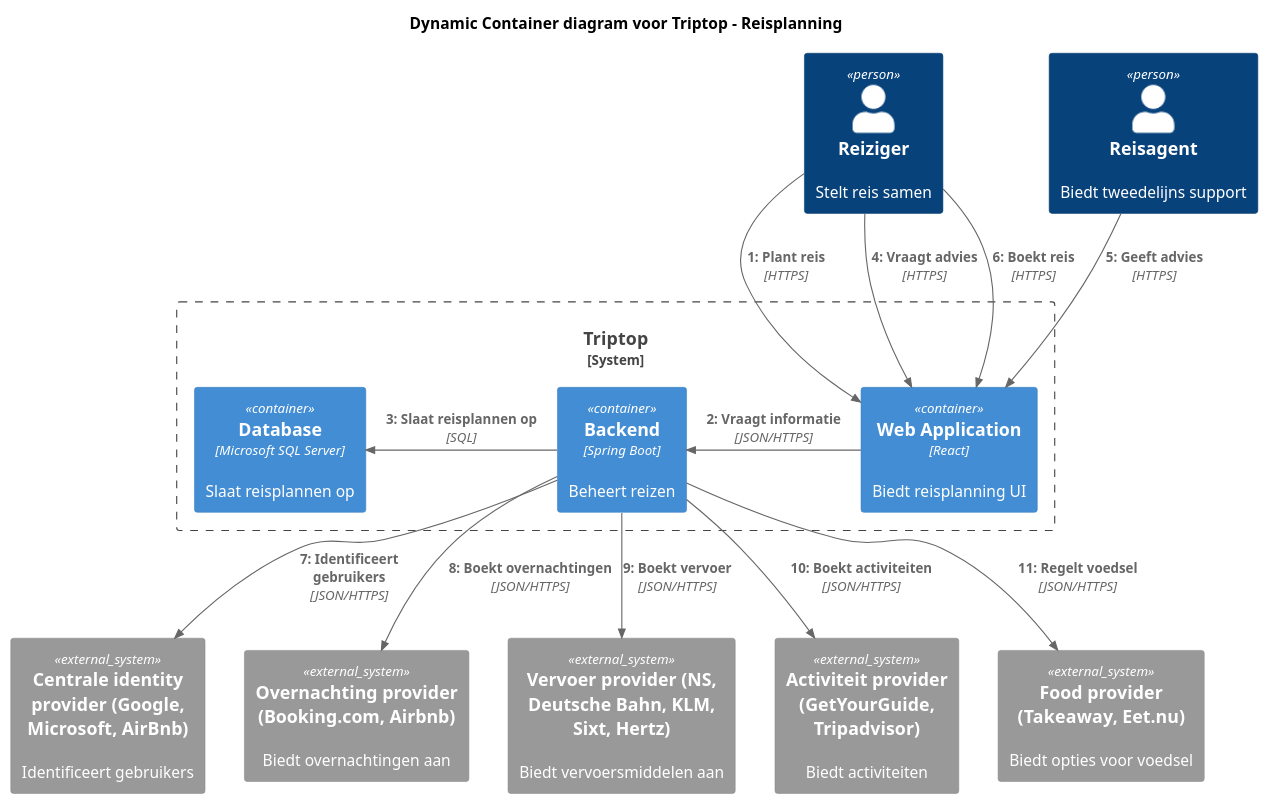
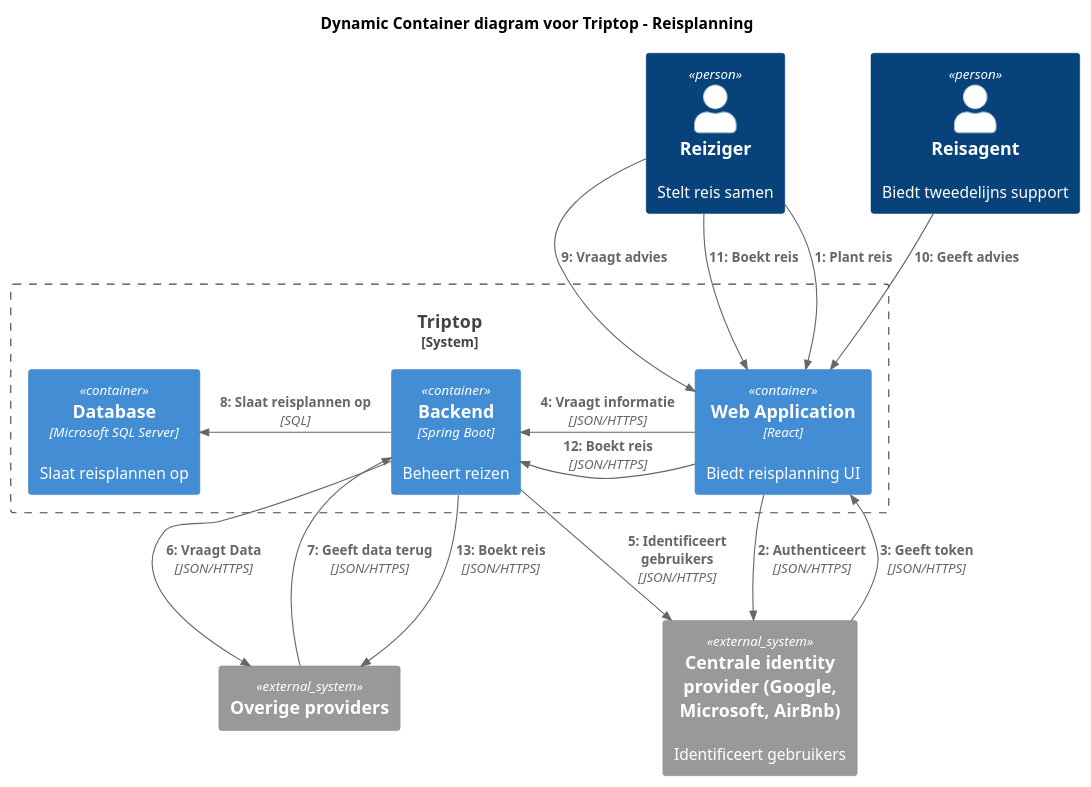
The diagram in c4 dynamische container diagram.puml (AIM-ENE-feb25/triptop-groep-tweeeeeeeeeeeeeeeeeeeeee), drawn with PlantUML before and after one commit. The commit also changed 9 other files, not shown here.

Commit message:
Aanpassingen aan diagrammen en software guidebook

```diff
--- a/c4 dynamische container diagram.puml
+++ b/c4 dynamische container diagram.puml
@@ -1,37 +1,38 @@
 @startuml "Triptop Dynamic Container Diagram"
 
 !include https://raw.githubusercontent.com/plantuml-stdlib/C4-PlantUML/master/C4_Container.puml
 !include https://raw.githubusercontent.com/plantuml-stdlib/C4-PlantUML/master/C4_Dynamic.puml
 
 title Dynamic Container diagram voor Triptop - Reisplanning
 
 Person(reiziger, "Reiziger", "Stelt reis samen")
 Person(reisagent, "Reisagent", "Biedt tweedelijns support")
 
 System_Boundary(triptop_system, "Triptop") {
   Container(frontend, "Web Application", "React", "Biedt reisplanning UI")
   Container(backend, "Backend", "Spring Boot", "Beheert reizen")
   Container(db, "Database", "Microsoft SQL Server", "Slaat reisplannen op")
 }
 
 System_Ext(centrale_identity_provider, "Centrale identity provider (Google, Microsoft, AirBnb)", "Identificeert gebruikers")
-System_Ext(overnachting_provider, "Overnachting provider (Booking.com, Airbnb)", Biedt overnachtingen aan)
-System_Ext(vervoer_provider, "Vervoer provider (NS, Deutsche Bahn, KLM, Sixt, Hertz)", Biedt vervoersmiddelen aan)
-System_Ext(activiteit_provider, "Activiteit provider (GetYourGuide, Tripadvisor)", Biedt activiteiten)
-System_Ext(food_provider, "Food provider (Takeaway, Eet.nu)", Biedt opties voor voedsel)
+System_Ext(overige_providers, "Overige providers")
 
-Rel_D(reiziger, frontend, "Plant reis", "HTTPS")
+Rel_D(reiziger, frontend, "Plant reis")
+Rel_D(frontend, centrale_identity_provider, "Authenticeert", "JSON/HTTPS")
+Rel(centrale_identity_provider, frontend, "Geeft token","JSON/HTTPS")
 Rel_L(frontend, backend, "Vraagt informatie", "JSON/HTTPS")
+Rel_D(backend, centrale_identity_provider, "Identificeert gebruikers", "JSON/HTTPS")
+Rel_D(backend, overige_providers, "Vraagt Data", "JSON/HTTPS")
+Rel_U(overige_providers, backend, "Geeft data terug","JSON/HTTPS")
 Rel_L(backend, db, "Slaat reisplannen op", "SQL")
-Rel_D(reiziger, frontend, "Vraagt advies", "HTTPS")
-Rel_D(reisagent, frontend, "Geeft advies", "HTTPS")
-Rel_D(reiziger, frontend, "Boekt reis", "HTTPS")
+Rel_D(reiziger, frontend, "Vraagt advies")
+Rel_D(reisagent, frontend, "Geeft advies")
+Rel_D(reiziger, frontend, "Boekt reis")
+Rel_L(frontend, backend, "Boekt reis", "JSON/HTTPS")
+Rel_D(backend, overige_providers, "Boekt reis", "JSON/HTTPS")
 
 
-Rel_D(backend, centrale_identity_provider, "Identificeert gebruikers", "JSON/HTTPS")
-Rel_D(backend, overnachting_provider, "Boekt overnachtingen", "JSON/HTTPS")
-Rel_D(backend, vervoer_provider, "Boekt vervoer", "JSON/HTTPS")
-Rel_D(backend, activiteit_provider, "Boekt activiteiten", "JSON/HTTPS")
-Rel_D(backend, food_provider, "Regelt voedsel", "JSON/HTTPS")
+
+
 
 @enduml
```
